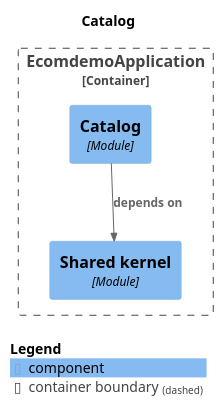
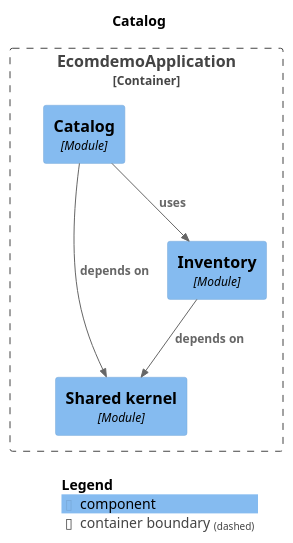
Before and after one commit to mr-sujay-patil/ecomdemo: the diagram in docs/modules/module-catalog.puml, drawn with PlantUML. The commit also changed 36 other files, not shown here.

```diff
--- a/docs/modules/module-catalog.puml
+++ b/docs/modules/module-catalog.puml
@@ -1,19 +1,22 @@
 @startuml
 set separator none
 title Catalog
 
 top to bottom direction
 
 !include <C4/C4>
 !include <C4/C4_Context>
 !include <C4/C4_Component>
 
 Container_Boundary("EcomdemoApplication.EcomdemoApplication_boundary", "EcomdemoApplication", $tags="") {
+  Component(EcomdemoApplication.EcomdemoApplication.Catalog, "Catalog", $techn="Module", $descr="", $tags="", $link="")
   Component(EcomdemoApplication.EcomdemoApplication.Sharedkernel, "Shared kernel", $techn="Module", $descr="", $tags="", $link="")
-  Component(EcomdemoApplication.EcomdemoApplication.Catalog, "Catalog", $techn="Module", $descr="", $tags="", $link="")
+  Component(EcomdemoApplication.EcomdemoApplication.Inventory, "Inventory", $techn="Module", $descr="", $tags="", $link="")
 }
 
+Rel(EcomdemoApplication.EcomdemoApplication.Catalog, EcomdemoApplication.EcomdemoApplication.Inventory, "uses", $techn="", $tags="", $link="")
 Rel(EcomdemoApplication.EcomdemoApplication.Catalog, EcomdemoApplication.EcomdemoApplication.Sharedkernel, "depends on", $techn="", $tags="", $link="")
+Rel(EcomdemoApplication.EcomdemoApplication.Inventory, EcomdemoApplication.EcomdemoApplication.Sharedkernel, "depends on", $techn="", $tags="", $link="")
 
 SHOW_LEGEND(true)
 @enduml
```
